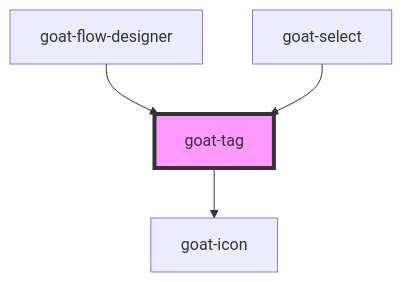
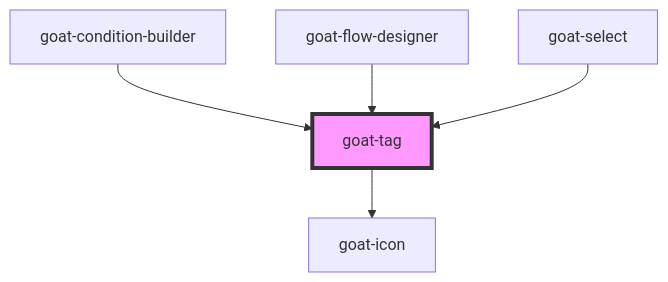
One commit to goatui/components changed the diagram in src/components/data-display/tag/readme.md. Above: the diagram before and after it, drawn with Mermaid. The commit also changed other lines of this file and 21 other files, not shown here.

Commit message:
condition builder initial commit + button index fix.

````diff
--- a/src/components/data-display/tag/readme.md
+++ b/src/components/data-display/tag/readme.md
@@ -39,7 +40,8 @@
 ```mermaid
 graph TD;
   goat-tag --> goat-icon
+  goat-condition-builder --> goat-tag
   goat-flow-designer --> goat-tag
   goat-select --> goat-tag
   style goat-tag fill:#f9f,stroke:#333,stroke-width:4px
 ```
````
